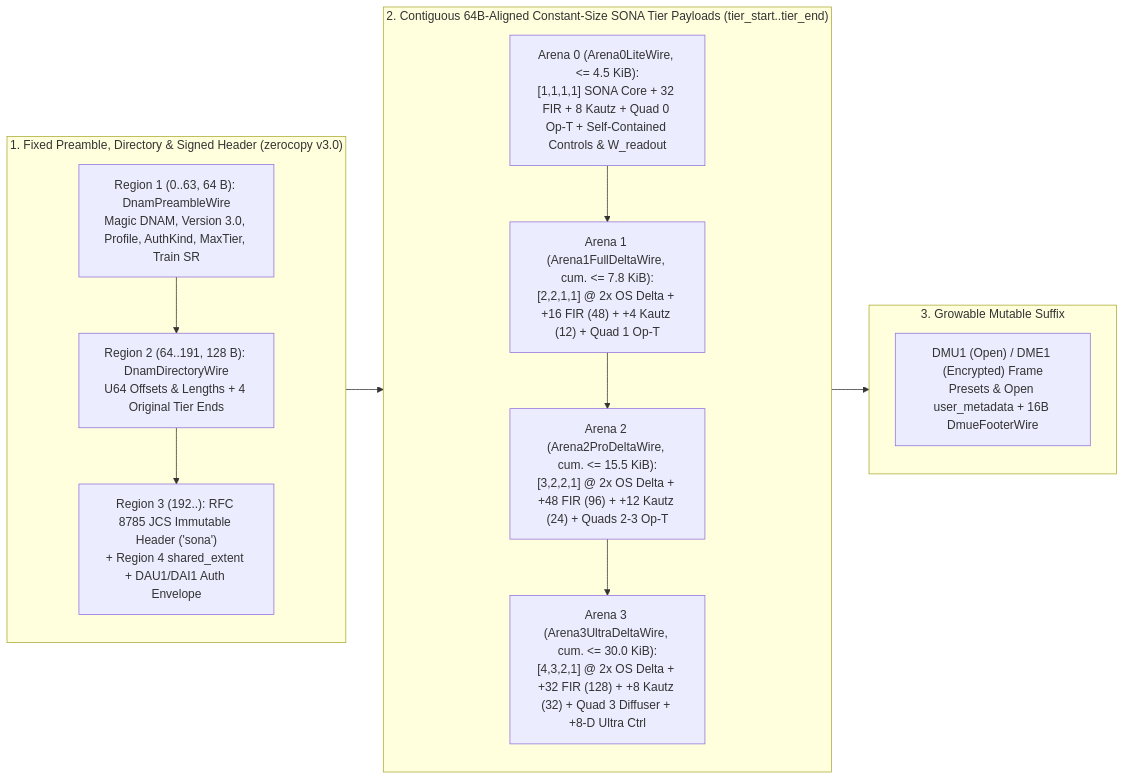
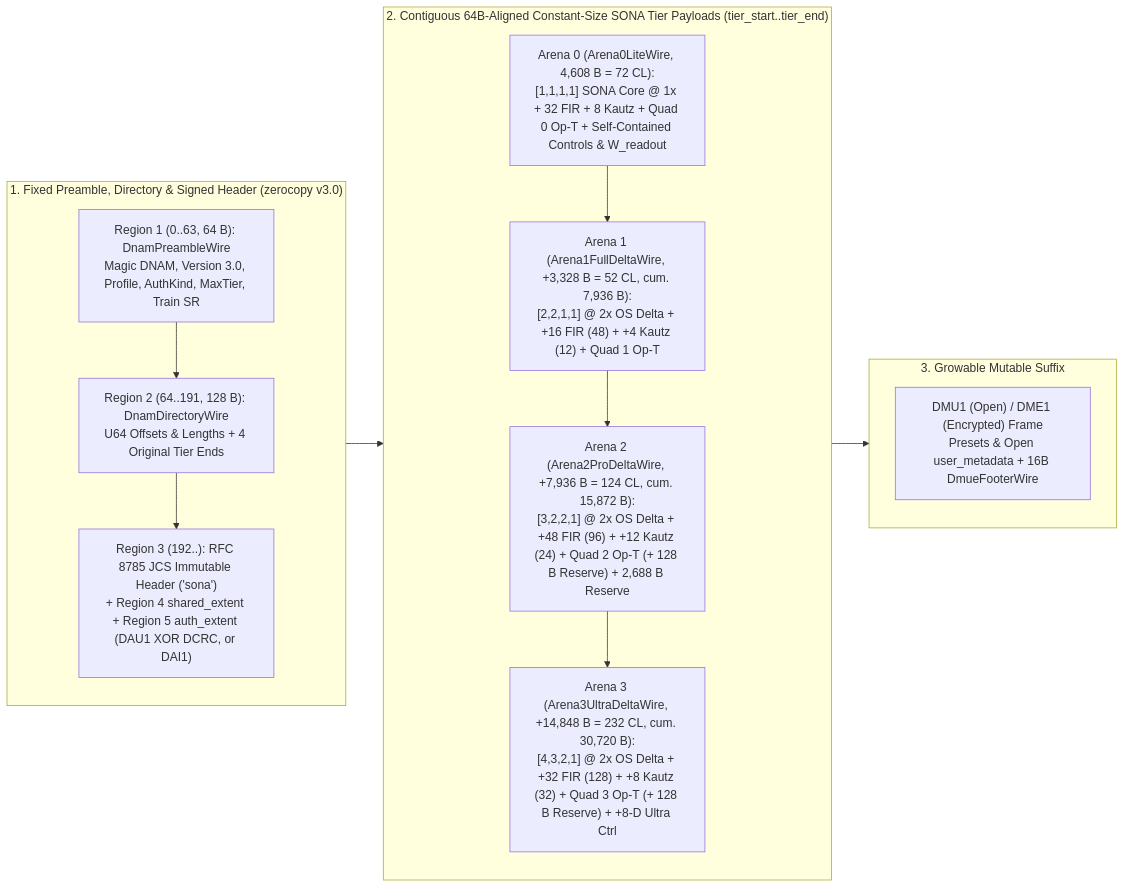
Before and after one commit to mokugen/dnam: the diagram in docs/specs/containers/dnam_binary_format.md, drawn with Mermaid. The commit also changed other lines of this file and 19 other files, not shown here.

````diff
--- a/docs/specs/containers/dnam_binary_format.md
+++ b/docs/specs/containers/dnam_binary_format.md
@@ -36,25 +36,25 @@
 ```mermaid
 flowchart LR
     subgraph Header ["1. Fixed Preamble, Directory & Signed Header (zerocopy v3.0)"]
         direction TB
         P["Region 1 (0..63, 64 B): DnamPreambleWire<br/>Magic DNAM, Version 3.0, Profile, AuthKind, MaxTier, Train SR"]
         D["Region 2 (64..191, 128 B): DnamDirectoryWire<br/>U64 Offsets & Lengths + 4 Original Tier Ends"]
-        H["Region 3 (192..): RFC 8785 JCS Immutable Header ('sona')<br/>+ Region 4 shared_extent + DAU1/DAI1 Auth Envelope"]
+        H["Region 3 (192..): RFC 8785 JCS Immutable Header ('sona')<br/>+ Region 4 shared_extent + Region 5 auth_extent (DAU1 XOR DCRC, or DAI1)"]
         P --> D --> H
     end
 
     subgraph Arenas ["2. Contiguous 64B-Aligned Constant-Size SONA Tier Payloads (tier_start..tier_end)"]
         direction TB
-        A0["Arena 0 (Arena0LiteWire, <= 4.5 KiB):<br/>[1,1,1,1] SONA Core + 32 FIR + 8 Kautz + Quad 0 Op-T + Self-Contained Controls & W_readout"]
-        A1["Arena 1 (Arena1FullDeltaWire, cum. <= 7.8 KiB):<br/>[2,2,1,1] @ 2x OS Delta + +16 FIR (48) + +4 Kautz (12) + Quad 1 Op-T"]
-        A2["Arena 2 (Arena2ProDeltaWire, cum. <= 15.5 KiB):<br/>[3,2,2,1] @ 2x OS Delta + +48 FIR (96) + +12 Kautz (24) + Quads 2-3 Op-T"]
-        A3["Arena 3 (Arena3UltraDeltaWire, cum. <= 30.0 KiB):<br/>[4,3,2,1] @ 2x OS Delta + +32 FIR (128) + +8 Kautz (32) + Quad 3 Diffuser + +8-D Ultra Ctrl"]
+        A0["Arena 0 (Arena0LiteWire, 4,608 B = 72 CL):<br/>[1,1,1,1] SONA Core @ 1x + 32 FIR + 8 Kautz + Quad 0 Op-T + Self-Contained Controls & W_readout"]
+        A1["Arena 1 (Arena1FullDeltaWire, +3,328 B = 52 CL, cum. 7,936 B):<br/>[2,2,1,1] @ 2x OS Delta + +16 FIR (48) + +4 Kautz (12) + Quad 1 Op-T"]
+        A2["Arena 2 (Arena2ProDeltaWire, +7,936 B = 124 CL, cum. 15,872 B):<br/>[3,2,2,1] @ 2x OS Delta + +48 FIR (96) + +12 Kautz (24) + Quad 2 Op-T (+ 128 B Reserve) + 2,688 B Reserve"]
+        A3["Arena 3 (Arena3UltraDeltaWire, +14,848 B = 232 CL, cum. 30,720 B):<br/>[4,3,2,1] @ 2x OS Delta + +32 FIR (128) + +8 Kautz (32) + Quad 3 Op-T (+ 128 B Reserve) + +8-D Ultra Ctrl"]
         A0 --> A1 --> A2 --> A3
     end
 
     subgraph Suffix ["3. Growable Mutable Suffix"]
         M["DMU1 (Open) / DME1 (Encrypted) Frame<br/>Presets & Open user_metadata + 16B DmueFooterWire"]
     end
 
     Header --> Arenas --> Suffix
 ```
````
